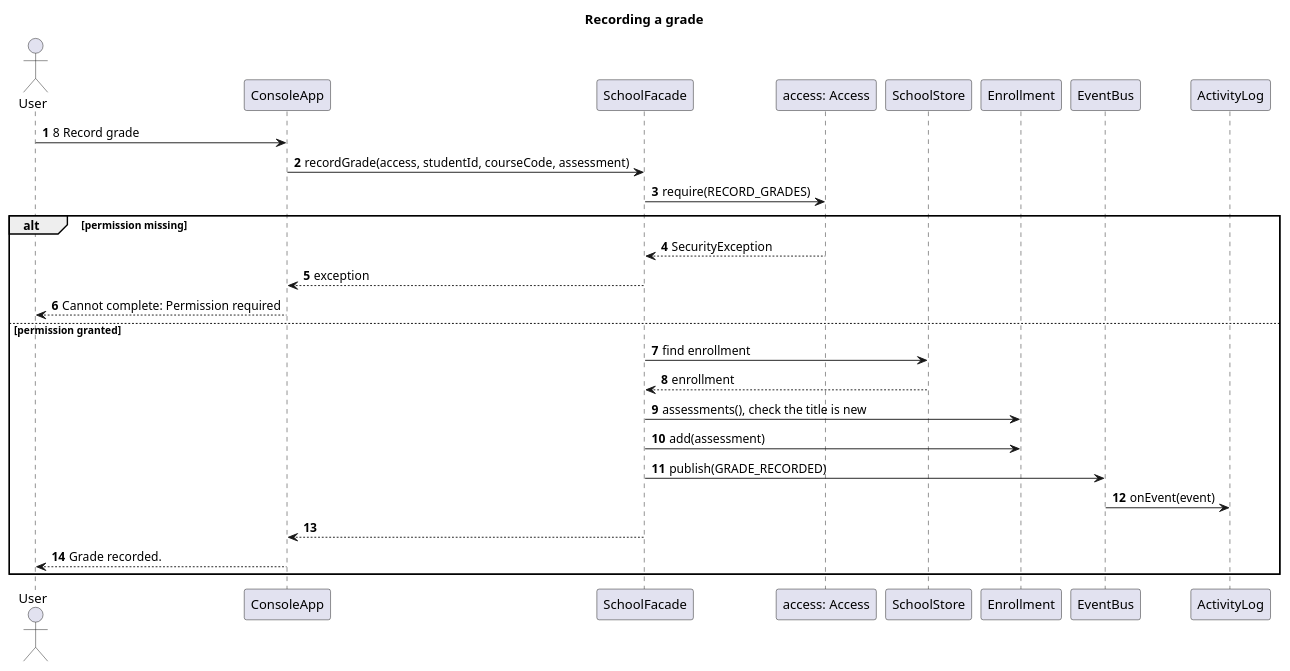
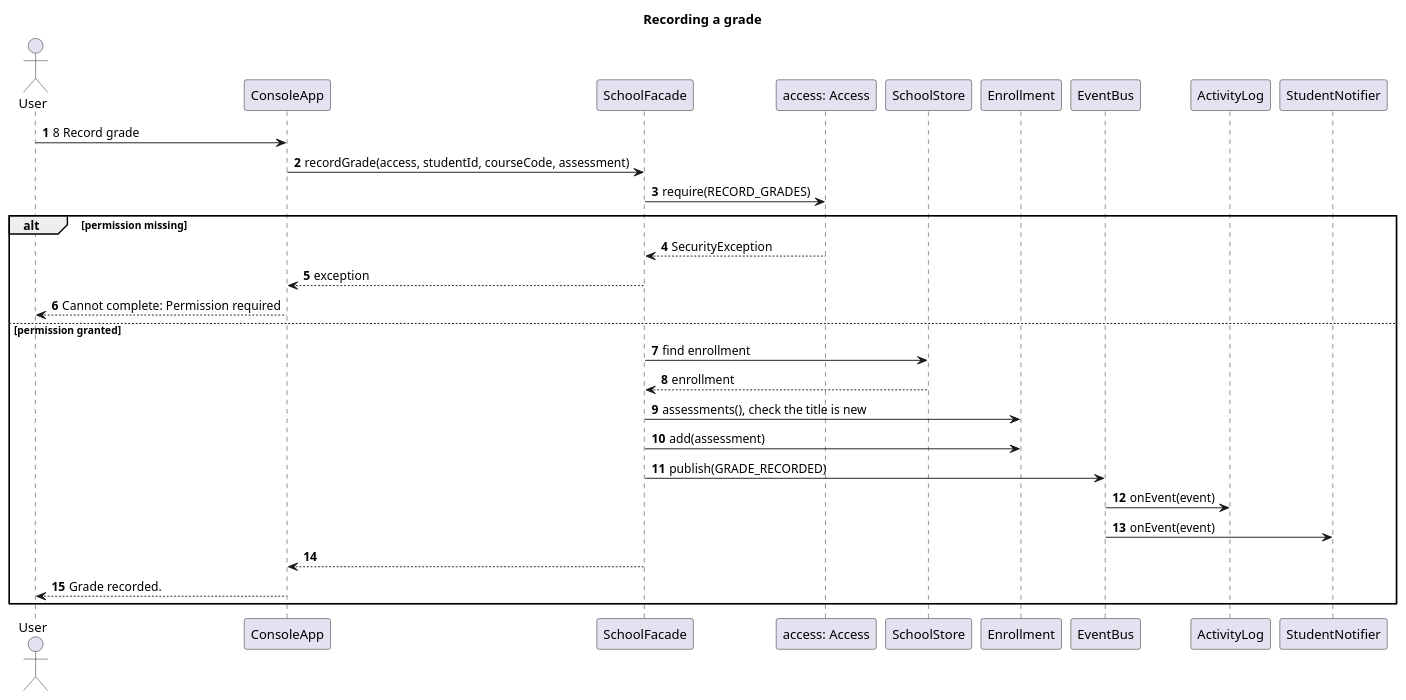
Before and after one commit to Asylstyle/school-management-system: the diagram in docs/uml/sequence-record-grade.puml, drawn with PlantUML. The commit also changed 12 other files, not shown here.

Commit message:
Update report, diagrams and screenshots for StudentNotifier

```diff
--- a/docs/uml/sequence-record-grade.puml
+++ b/docs/uml/sequence-record-grade.puml
@@ -1,32 +1,34 @@
 @startuml sequence-record-grade
 title Recording a grade
 skinparam shadowing false
 autonumber
 
 actor User
 participant ConsoleApp
 participant SchoolFacade
 participant "access: Access" as Access
 participant SchoolStore
 participant Enrollment
 participant EventBus
 participant ActivityLog
+participant StudentNotifier
 
 User -> ConsoleApp : 8 Record grade
 ConsoleApp -> SchoolFacade : recordGrade(access, studentId, courseCode, assessment)
 SchoolFacade -> Access : require(RECORD_GRADES)
 alt permission missing
   Access --> SchoolFacade : SecurityException
   SchoolFacade --> ConsoleApp : exception
   ConsoleApp --> User : Cannot complete: Permission required
 else permission granted
   SchoolFacade -> SchoolStore : find enrollment
   SchoolStore --> SchoolFacade : enrollment
   SchoolFacade -> Enrollment : assessments(), check the title is new
   SchoolFacade -> Enrollment : add(assessment)
   SchoolFacade -> EventBus : publish(GRADE_RECORDED)
   EventBus -> ActivityLog : onEvent(event)
+  EventBus -> StudentNotifier : onEvent(event)
   SchoolFacade --> ConsoleApp
   ConsoleApp --> User : Grade recorded.
 end
 @enduml
```
